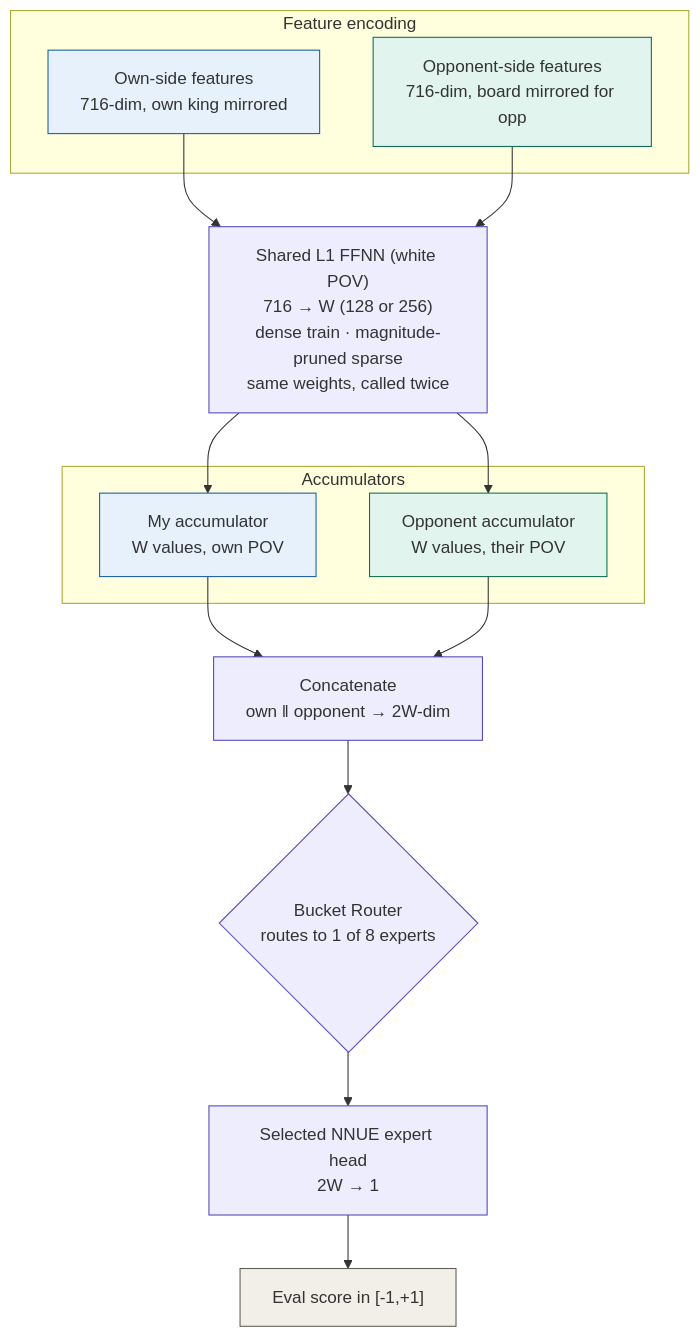
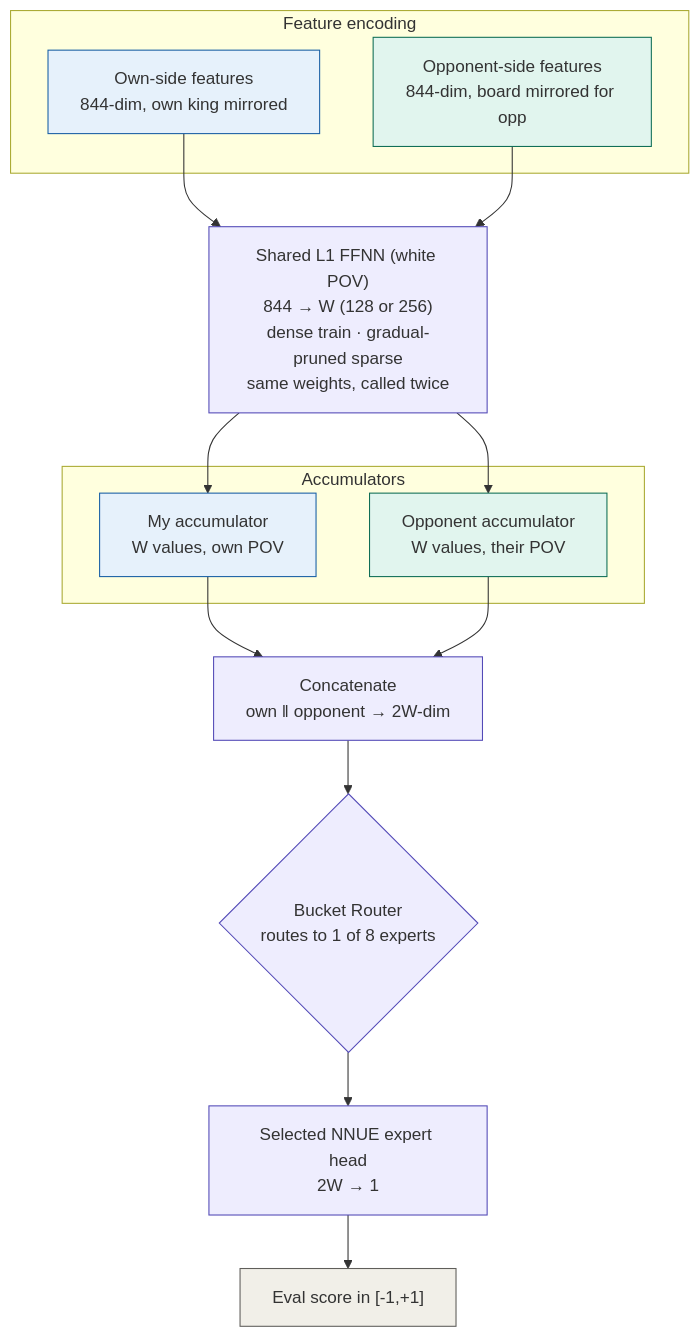
Before and after one commit to Omega97/TinyML_Internship: the second of 3 diagrams in NOTES/SARDINE Engine Blueprint.md, drawn with Mermaid. The commit also changed other lines of this file, not shown here.

````diff
--- a/NOTES/SARDINE Engine Blueprint.md
+++ b/NOTES/SARDINE Engine Blueprint.md
@@ -52,34 +52,34 @@
 ```mermaid
 flowchart TD
      subgraph A_row["Feature encoding"]
-         A1["Own-side features<br/>716-dim, own king mirrored"]
-         A2["Opponent-side features<br/>716-dim, board mirrored for opp"]
+         A1["Own-side features<br/>844-dim, own king mirrored"]
+         A2["Opponent-side features<br/>844-dim, board mirrored for opp"]
      end
-     B["Shared L1 FFNN (white POV)<br/>716 → W (128 or 256)<br/>dense train · magnitude-pruned sparse<br/>same weights, called twice"]
+     B["Shared L1 FFNN (white POV)<br/>844 → W (128 or 256)<br/>dense train · gradual-pruned sparse<br/>same weights, called twice"]
      subgraph C_row["Accumulators"]
          C1["My accumulator<br/>W values, own POV"]
          C2["Opponent accumulator<br/>W values, their POV"]
      end
      D["Concatenate<br/>own ‖ opponent → 2W-dim"]
      E{"Bucket Router<br/>routes to 1 of 8 experts"}
      F["Selected NNUE expert head<br/>2W → 1"]
      G["Eval score in [-1,+1]"]
      A1 --> B
      A2 --> B
      B --> C1
      B --> C2
      C1 --> D
      C2 --> D
      D --> E
      E --> F
      F --> G
      style A1 fill:#e6f1fb,stroke:#185fa5,stroke-width:1px
      style C1 fill:#e6f1fb,stroke:#185fa5,stroke-width:1px
      style A2 fill:#e1f5ee,stroke:#0f6e56,stroke-width:1px
      style C2 fill:#e1f5ee,stroke:#0f6e56,stroke-width:1px
      style B fill:#eeedfe,stroke:#534ab7,stroke-width:1px
      style D fill:#eeedfe,stroke:#534ab7,stroke-width:1px
      style E fill:#eeedfe,stroke:#534ab7,stroke-width:1px
      style F fill:#eeedfe,stroke:#534ab7,stroke-width:1px
      style G fill:#f1efe8,stroke:#5f5e5a,stroke-width:1px
 ```
````
